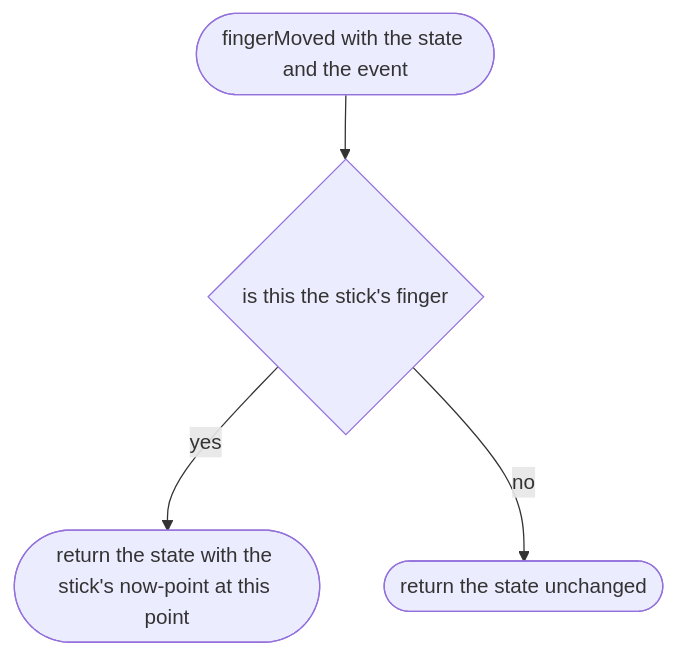
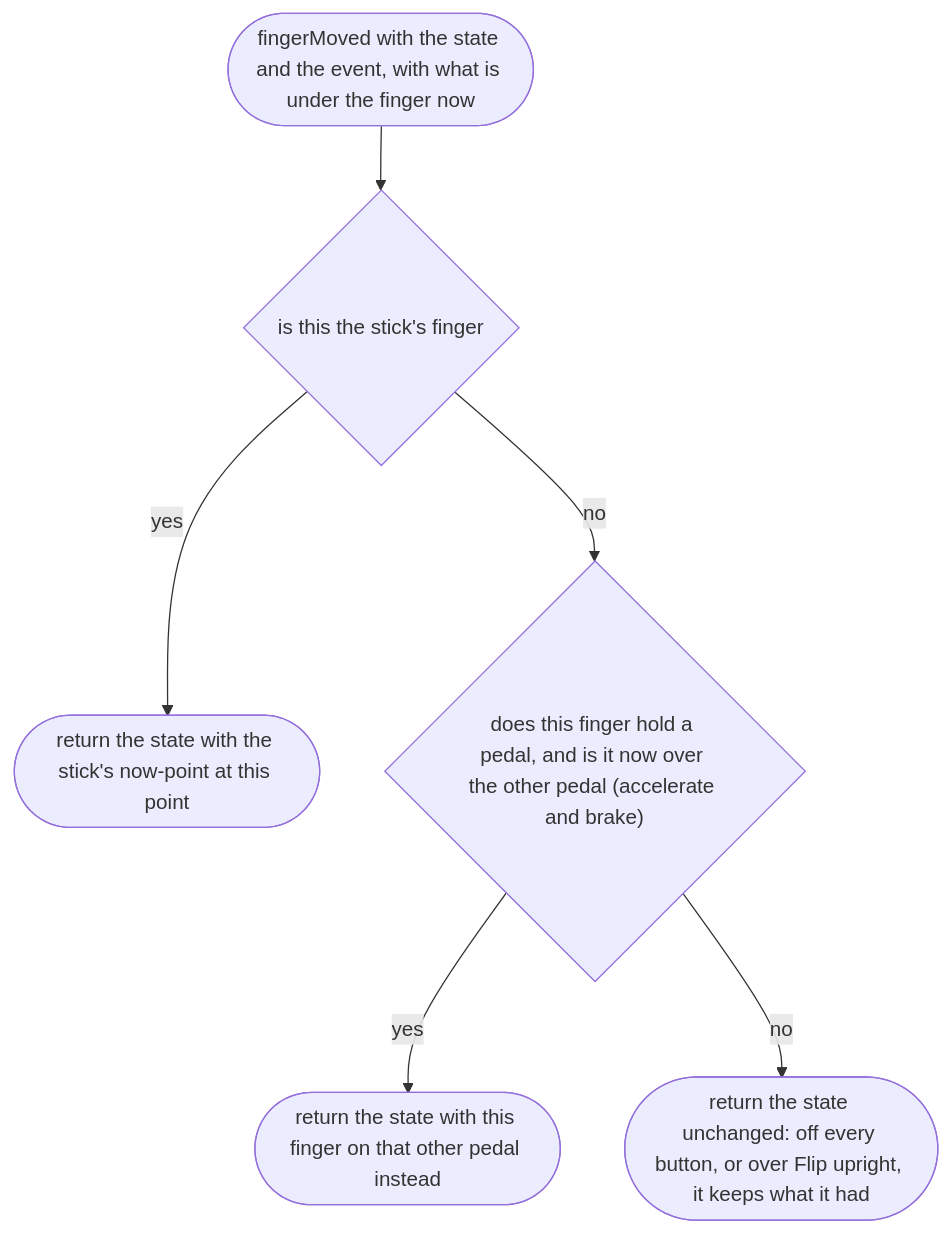
One commit to NewDara-Star/world-engine changed the third of 10 diagrams in docs/designs/src/controls/touch.md. Above: the diagram before and after it, drawn with Mermaid. The commit also changed other lines of this file and 41 other files, not shown here.

````diff
--- a/docs/designs/src/controls/touch.md
+++ b/docs/designs/src/controls/touch.md
@@ -65,10 +76,14 @@
 ```mermaid
 flowchart TD
-  s(["fingerMoved with the state and the event"])
+  s(["fingerMoved with the state and the event, with what is under the finger now"])
   a{"is this the stick's finger"}
   b(["return the state with the stick's now-point at this point"])
-  c(["return the state unchanged"])
+  c{"does this finger hold a pedal, and is it now over the other pedal (accelerate and brake)"}
+  d(["return the state with this finger on that other pedal instead"])
+  e(["return the state unchanged: off every button, or over Flip upright, it keeps what it had"])
   s --> a
   a -->|"yes"| b
   a -->|"no"| c
+  c -->|"yes"| d
+  c -->|"no"| e
 ```
````
